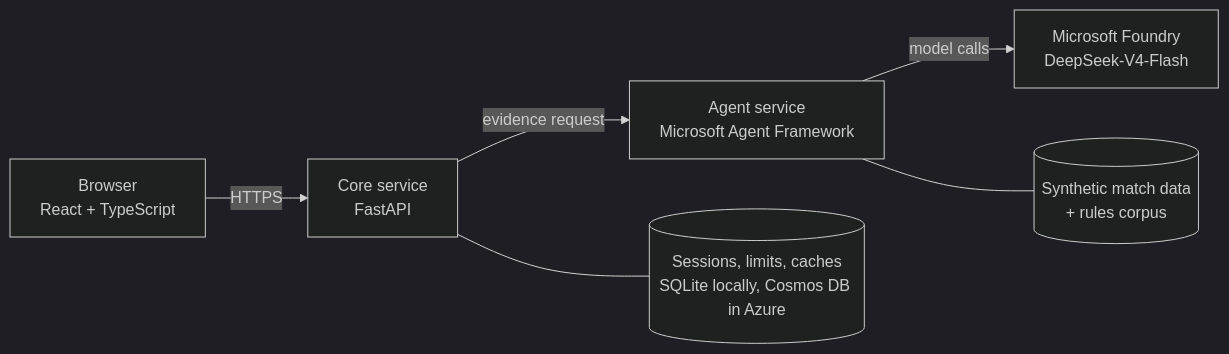
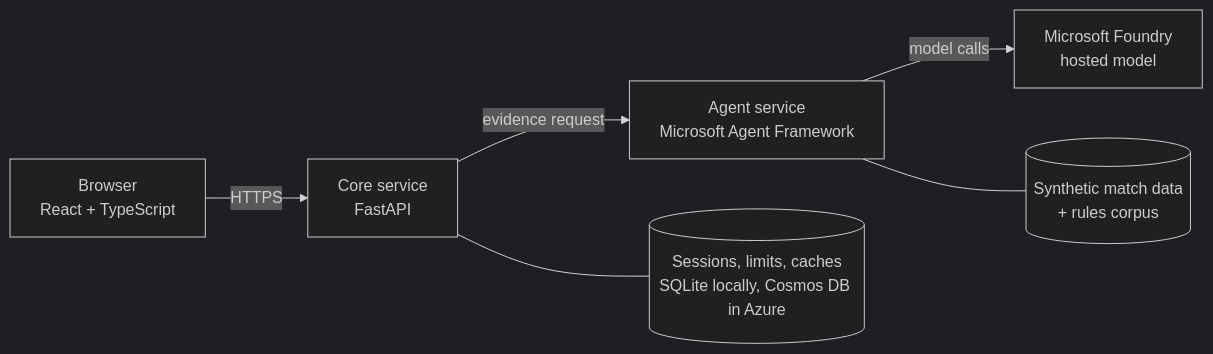
Before and after one commit to Dhirajreddy2001/next-whistle: the diagram in README.md, drawn with Mermaid (dark theme). The commit also changed other lines of this file and 5 other files, not shown here.

````diff
--- a/README.md
+++ b/README.md
@@ -20,8 +20,8 @@
 ```mermaid
 flowchart LR
     B[Browser<br/>React + TypeScript] -->|HTTPS| C[Core service<br/>FastAPI]
     C -->|evidence request| A[Agent service<br/>Microsoft Agent Framework]
-    A -->|model calls| F[Microsoft Foundry<br/>DeepSeek-V4-Flash]
+    A -->|model calls| F[Microsoft Foundry<br/>hosted model]
     C --- S[(Sessions, limits, caches<br/>SQLite locally, Cosmos DB in Azure)]
     A --- D[(Synthetic match data<br/>+ rules corpus)]
 ```
````
